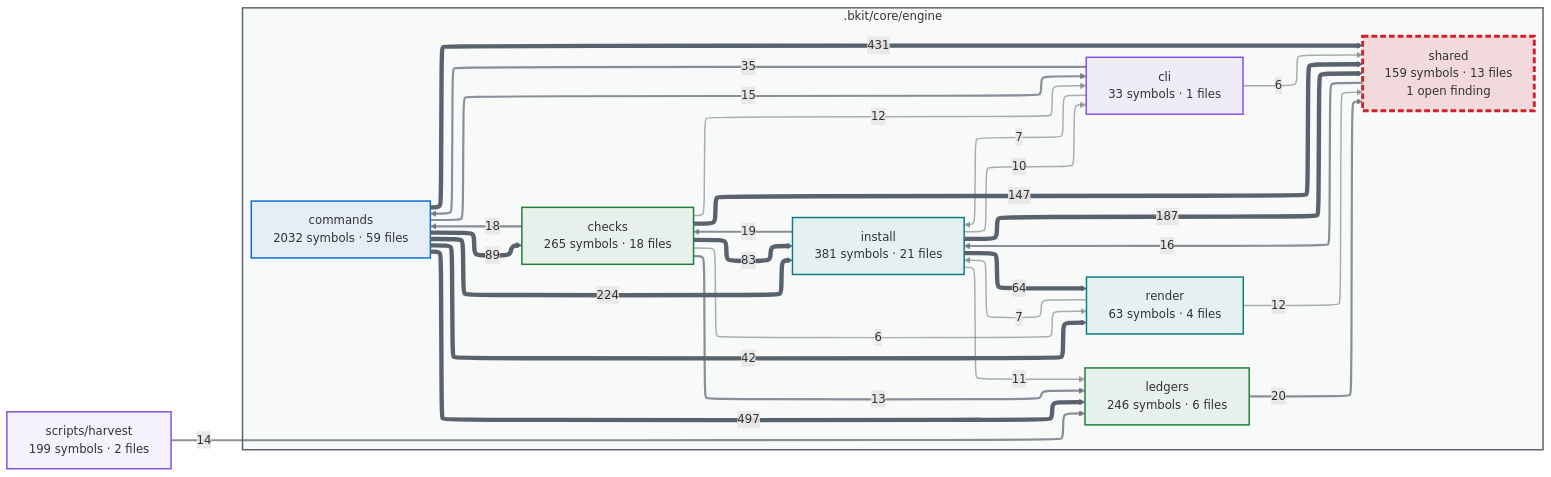
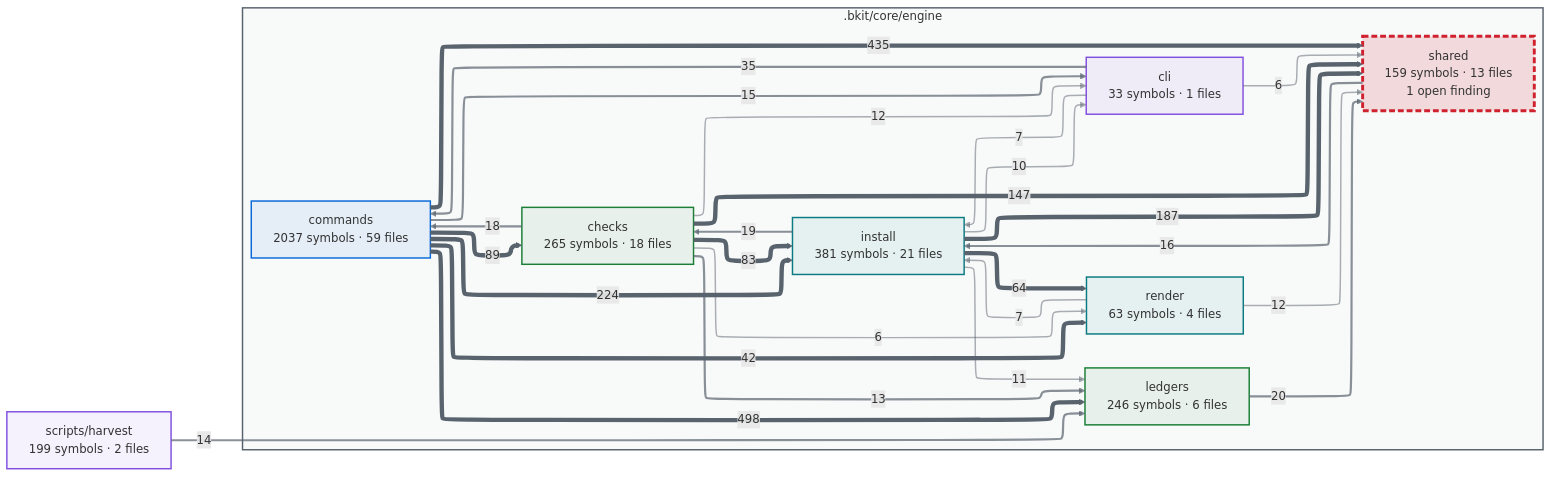
One commit to cbartens/bkit changed the first of 2 diagrams in docs/capabilities.md. Above: the diagram before and after it, drawn with Mermaid. The commit also changed other lines of this file and 90 other files, not shown here.

````diff
--- a/docs/capabilities.md
+++ b/docs/capabilities.md
@@ -116,80 +116,80 @@
 ```mermaid
 ---
 config:
   layout: elk
   themeCSS: "marker { overflow: visible; } marker path { transform: scale(1.8); transform-origin: 5px 5px; }"
   flowchart:
     useMaxWidth: false
 ---
 flowchart LR
   %% Generated by bkit-graphify-rollup.py — do not edit
   subgraph gn_bkit_core_engine[".bkit/core/engine"]
     n_bkit_core_engine_checks["checks<br/>265 symbols · 18 files"]
     n_bkit_core_engine_cli["cli<br/>33 symbols · 1 files"]
-    n_bkit_core_engine_commands["commands<br/>2032 symbols · 59 files"]
+    n_bkit_core_engine_commands["commands<br/>2037 symbols · 59 files"]
     n_bkit_core_engine_install["install<br/>381 symbols · 21 files"]
     n_bkit_core_engine_ledgers["ledgers<br/>246 symbols · 6 files"]
     n_bkit_core_engine_render["render<br/>63 symbols · 4 files"]
     n_bkit_core_engine_shared["shared<br/>159 symbols · 13 files<br/>1 open finding"]
   end
   nscripts_harvest["scripts/harvest<br/>199 symbols · 2 files"]
-  n_bkit_core_engine_commands -->|497| n_bkit_core_engine_ledgers
-  n_bkit_core_engine_commands -->|431| n_bkit_core_engine_shared
+  n_bkit_core_engine_commands -->|498| n_bkit_core_engine_ledgers
+  n_bkit_core_engine_commands -->|435| n_bkit_core_engine_shared
   n_bkit_core_engine_commands -->|224| n_bkit_core_engine_install
   n_bkit_core_engine_install -->|187| n_bkit_core_engine_shared
   n_bkit_core_engine_checks -->|147| n_bkit_core_engine_shared
   n_bkit_core_engine_commands -->|89| n_bkit_core_engine_checks
   n_bkit_core_engine_checks -->|83| n_bkit_core_engine_install
   n_bkit_core_engine_install -->|64| n_bkit_core_engine_render
   n_bkit_core_engine_commands -->|42| n_bkit_core_engine_render
   n_bkit_core_engine_cli -->|35| n_bkit_core_engine_commands
   n_bkit_core_engine_ledgers -->|20| n_bkit_core_engine_shared
   n_bkit_core_engine_install -->|19| n_bkit_core_engine_checks
   n_bkit_core_engine_checks -->|18| n_bkit_core_engine_commands
   n_bkit_core_engine_shared -->|16| n_bkit_core_engine_install
   n_bkit_core_engine_commands -->|15| n_bkit_core_engine_cli
   nscripts_harvest -->|14| n_bkit_core_engine_ledgers
   n_bkit_core_engine_checks -->|13| n_bkit_core_engine_ledgers
   n_bkit_core_engine_checks -->|12| n_bkit_core_engine_cli
   n_bkit_core_engine_render -->|12| n_bkit_core_engine_shared
   n_bkit_core_engine_install -->|11| n_bkit_core_engine_ledgers
   n_bkit_core_engine_install -->|10| n_bkit_core_engine_cli
   n_bkit_core_engine_cli -->|7| n_bkit_core_engine_install
   n_bkit_core_engine_render -->|7| n_bkit_core_engine_install
   n_bkit_core_engine_checks -->|6| n_bkit_core_engine_render
   n_bkit_core_engine_cli -->|6| n_bkit_core_engine_shared
   style gn_bkit_core_engine fill:#59636e0a,stroke:#59636e,stroke-width:2px
   style n_bkit_core_engine_checks stroke:#1a7f37,stroke-width:2px,fill:#1a7f3714
   style n_bkit_core_engine_cli stroke:#8250df,stroke-width:2px,fill:#8250df14
   style n_bkit_core_engine_commands stroke:#0969da,stroke-width:2px,fill:#0969da14
   style n_bkit_core_engine_install stroke:#0a7b83,stroke-width:2px,fill:#0a7b8314
   style n_bkit_core_engine_ledgers stroke:#1a7f37,stroke-width:2px,fill:#1a7f3714
   style n_bkit_core_engine_render stroke:#0a7b83,stroke-width:2px,fill:#0a7b8314
   style n_bkit_core_engine_shared stroke:#cf222e,stroke-width:4px,stroke-dasharray:8 4,fill:#cf222e26
   style nscripts_harvest stroke:#8250df,stroke-width:2px,fill:#8250df14
   linkStyle 0 stroke:#59636e,stroke-width:6px
   linkStyle 1 stroke:#59636e,stroke-width:6px
   linkStyle 2 stroke:#59636e,stroke-width:6px
   linkStyle 3 stroke:#59636e,stroke-width:6px
   linkStyle 4 stroke:#59636e,stroke-width:6px
   linkStyle 5 stroke:#59636e,stroke-width:6px
   linkStyle 6 stroke:#59636e,stroke-width:6px
   linkStyle 7 stroke:#59636e,stroke-width:6px
   linkStyle 8 stroke:#59636e,stroke-width:6px
   linkStyle 9 stroke:#59636eb3,stroke-width:3px
   linkStyle 10 stroke:#59636eb3,stroke-width:3px
   linkStyle 11 stroke:#59636eb3,stroke-width:3px
   linkStyle 12 stroke:#59636eb3,stroke-width:3px
   linkStyle 13 stroke:#59636eb3,stroke-width:3px
   linkStyle 14 stroke:#59636eb3,stroke-width:3px
   linkStyle 15 stroke:#59636eb3,stroke-width:3px
   linkStyle 16 stroke:#59636eb3,stroke-width:3px
   linkStyle 17 stroke:#59636e80,stroke-width:2px
   linkStyle 18 stroke:#59636e80,stroke-width:2px
   linkStyle 19 stroke:#59636e80,stroke-width:2px
   linkStyle 20 stroke:#59636e80,stroke-width:2px
   linkStyle 21 stroke:#59636e80,stroke-width:2px
   linkStyle 22 stroke:#59636e80,stroke-width:2px
   linkStyle 23 stroke:#59636e80,stroke-width:2px
   linkStyle 24 stroke:#59636e80,stroke-width:2px
 ```
````
